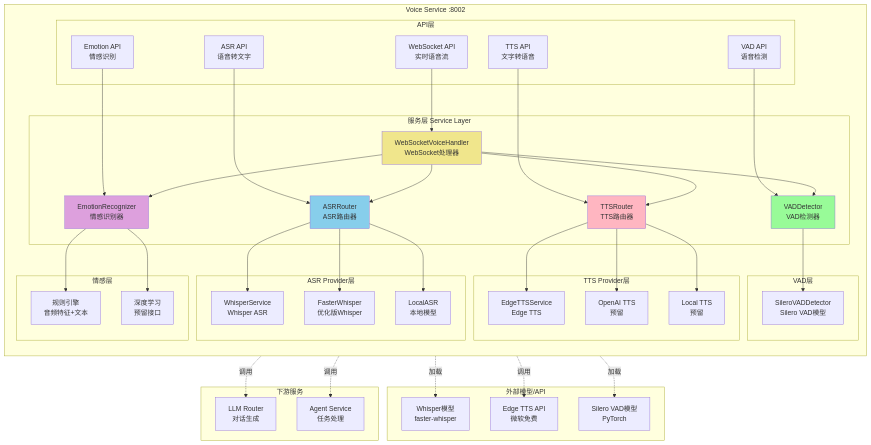
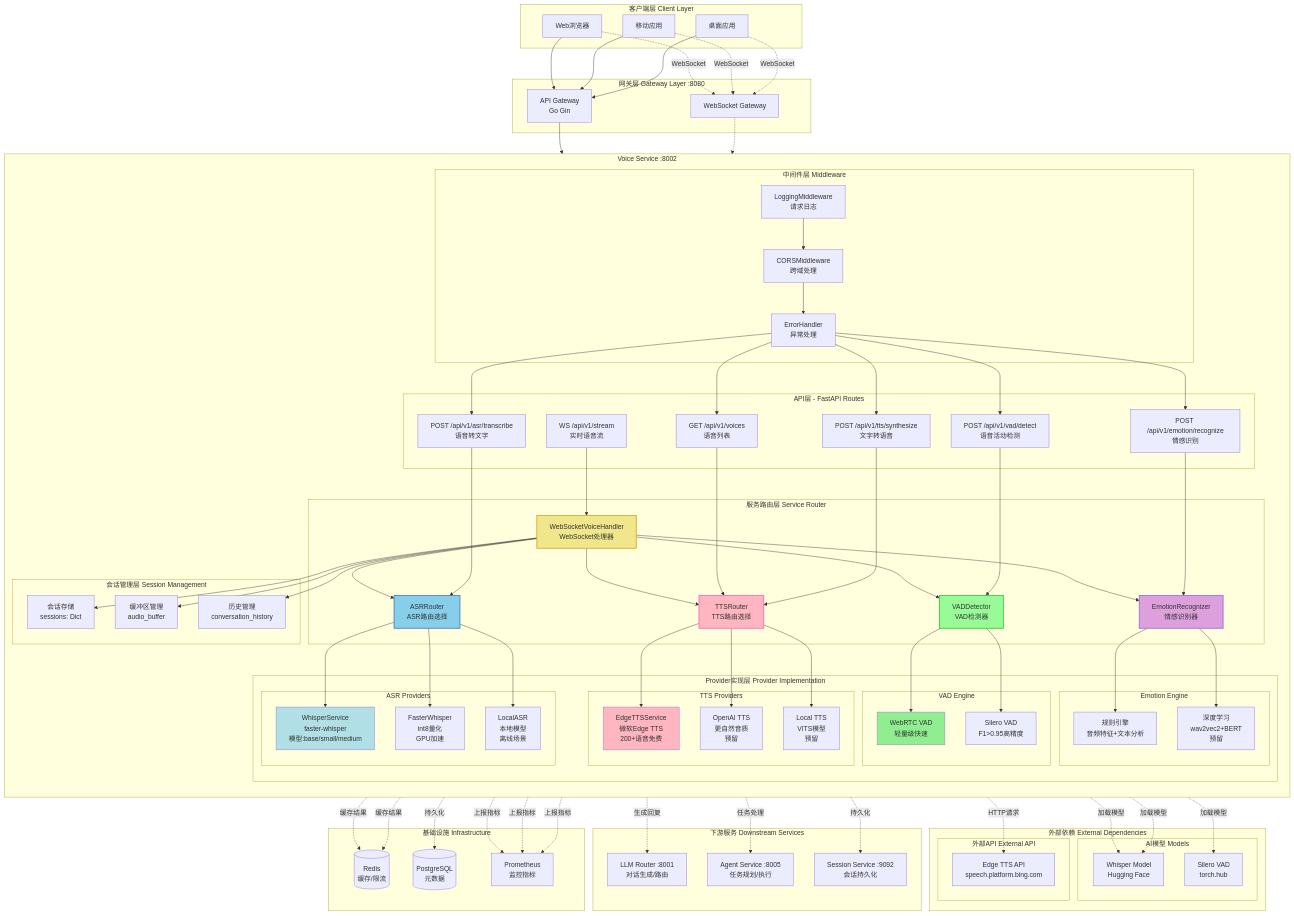
Before and after one commit to haoyunlt/myblog: the first of 5 diagrams in content/posts/VoiceHelper-08-Voice语音服务.md, drawn with Mermaid. The commit also changed other lines of this file and 13 other files, not shown here.

````diff
--- a/content/posts/VoiceHelper-08-Voice语音服务.md
+++ b/content/posts/VoiceHelper-08-Voice语音服务.md
@@ -56,83 +57,155 @@
 ```mermaid
 flowchart TB
+    subgraph "客户端层 Client Layer"
+        WEB[Web浏览器]
+        MOBILE[移动应用]
+        DESKTOP[桌面应用]
+    end
+    
+    subgraph "网关层 Gateway Layer :8080"
+        GATEWAY[API Gateway<br/>Go Gin]
+        WS_GATEWAY[WebSocket Gateway]
+    end
+    
     subgraph "Voice Service :8002"
         direction TB
         
-        subgraph "API层"
-            API_ASR[ASR API<br/>语音转文字]
-            API_TTS[TTS API<br/>文字转语音]
-            API_VAD[VAD API<br/>语音检测]
-            API_EMOTION[Emotion API<br/>情感识别]
-            API_WS[WebSocket API<br/>实时语音流]
+        subgraph "API层 - FastAPI Routes"
+            API_ASR[POST /api/v1/asr/transcribe<br/>语音转文字]
+            API_TTS[POST /api/v1/tts/synthesize<br/>文字转语音]
+            API_VAD[POST /api/v1/vad/detect<br/>语音活动检测]
+            API_EMOTION[POST /api/v1/emotion/recognize<br/>情感识别]
+            API_VOICES[GET /api/v1/voices<br/>语音列表]
+            API_WS[WS /api/v1/stream<br/>实时语音流]
         end
         
-        subgraph "服务层 Service Layer"
-            SVC_ASR[ASRRouter<br/>ASR路由器]
-            SVC_TTS[TTSRouter<br/>TTS路由器]
+        subgraph "中间件层 Middleware"
+            MW_LOG[LoggingMiddleware<br/>请求日志]
+            MW_CORS[CORSMiddleware<br/>跨域处理]
+            MW_ERROR[ErrorHandler<br/>异常处理]
+        end
+        
+        subgraph "服务路由层 Service Router"
+            SVC_ASR[ASRRouter<br/>ASR路由选择]
+            SVC_TTS[TTSRouter<br/>TTS路由选择]
             SVC_VAD[VADDetector<br/>VAD检测器]
             SVC_EMOTION[EmotionRecognizer<br/>情感识别器]
             SVC_WS[WebSocketVoiceHandler<br/>WebSocket处理器]
         end
         
-        subgraph "ASR Provider层"
-            WHISPER[WhisperService<br/>Whisper ASR]
-            FASTER_WHISPER[FasterWhisper<br/>优化版Whisper]
-            LOCAL_ASR[LocalASR<br/>本地模型]
+        subgraph "Provider实现层 Provider Implementation"
+            subgraph "ASR Providers"
+                WHISPER[WhisperService<br/>faster-whisper<br/>模型:base/small/medium]
+                FASTER_WHISPER[FasterWhisper<br/>int8量化<br/>GPU加速]
+                LOCAL_ASR[LocalASR<br/>本地模型<br/>离线场景]
+            end
+            
+            subgraph "TTS Providers"
+                EDGE_TTS[EdgeTTSService<br/>微软Edge TTS<br/>200+语音免费]
+                OPENAI_TTS[OpenAI TTS<br/>更自然音质<br/>预留]
+                LOCAL_TTS[Local TTS<br/>VITS模型<br/>预留]
+            end
+            
+            subgraph "VAD Engine"
+                WEBRTC_VAD[WebRTC VAD<br/>轻量级快速]
+                SILERO_VAD[Silero VAD<br/>F1>0.95高精度]
+            end
+            
+            subgraph "Emotion Engine"
+                RULE_EMOTION[规则引擎<br/>音频特征+文本分析]
+                DL_EMOTION[深度学习<br/>wav2vec2+BERT<br/>预留]
+            end
         end
         
-        subgraph "TTS Provider层"
-            EDGE_TTS[EdgeTTSService<br/>Edge TTS]
-            OPENAI_TTS[OpenAI TTS<br/>预留]
-            LOCAL_TTS[Local TTS<br/>预留]
+        subgraph "会话管理层 Session Management"
+            SESSION_STORE[会话存储<br/>sessions: Dict]
+            BUFFER_MGR[缓冲区管理<br/>audio_buffer]
+            HISTORY_MGR[历史管理<br/>conversation_history]
+        end
+    end
+    
+    subgraph "外部依赖 External Dependencies"
+        subgraph "AI模型 Models"
+            MODEL_WHISPER[Whisper Model<br/>Hugging Face]
+            MODEL_VAD[Silero VAD<br/>torch.hub]
         end
         
-        subgraph "VAD层"
-            SILERO_VAD[SileroVADDetector<br/>Silero VAD模型]
+        subgraph "外部API External API"
+            API_EDGE[Edge TTS API<br/>speech.platform.bing.com]
         end
-        
-        subgraph "情感层"
-            RULE_EMOTION[规则引擎<br/>音频特征+文本]
-            DL_EMOTION[深度学习<br/>预留接口]
-        end
-        
-        API_ASR --> SVC_ASR
-        API_TTS --> SVC_TTS
-        API_VAD --> SVC_VAD
-        API_EMOTION --> SVC_EMOTION
-        API_WS --> SVC_WS
-        
-        SVC_ASR --> WHISPER & FASTER_WHISPER & LOCAL_ASR
-        SVC_TTS --> EDGE_TTS & OPENAI_TTS & LOCAL_TTS
-        SVC_VAD --> SILERO_VAD
-        SVC_EMOTION --> RULE_EMOTION & DL_EMOTION
-        
-        SVC_WS --> SVC_ASR
-        SVC_WS --> SVC_TTS
-        SVC_WS --> SVC_VAD
-        SVC_WS --> SVC_EMOTION
     end
     
-    subgraph "外部模型/API"
-        EXT_WHISPER[Whisper模型<br/>faster-whisper]
-        EXT_EDGE[Edge TTS API<br/>微软免费]
-        EXT_SILERO[Silero VAD模型<br/>PyTorch]
+    subgraph "下游服务 Downstream Services"
+        LLM_SVC[LLM Router :8001<br/>对话生成/路由]
+        AGENT_SVC[Agent Service :8005<br/>任务规划/执行]
+        SESSION_SVC[Session Service :9092<br/>会话持久化]
     end
     
-    subgraph "下游服务"
-        LLM_SVC[LLM Router<br/>对话生成]
-        AGENT_SVC[Agent Service<br/>任务处理]
+    subgraph "基础设施 Infrastructure"
+        REDIS[(Redis<br/>缓存/限流)]
+        POSTGRES[(PostgreSQL<br/>元数据)]
+        PROMETHEUS[Prometheus<br/>监控指标]
     end
     
-    WHISPER -.加载.-> EXT_WHISPER
-    EDGE_TTS -.调用.-> EXT_EDGE
-    SILERO_VAD -.加载.-> EXT_SILERO
+    %% 客户端到网关
+    WEB & MOBILE & DESKTOP --> GATEWAY
+    WEB & MOBILE & DESKTOP -.WebSocket.-> WS_GATEWAY
     
-    SVC_WS -.调用.-> LLM_SVC
-    SVC_WS -.调用.-> AGENT_SVC
+    %% 网关到服务
+    GATEWAY --> MW_LOG
+    WS_GATEWAY -.-> API_WS
     
-    style SVC_ASR fill:#87CEEB
-    style SVC_TTS fill:#FFB6C1
-    style SVC_VAD fill:#98FB98
-    style SVC_EMOTION fill:#DDA0DD
-    style SVC_WS fill:#F0E68C
+    %% 中间件链
+    MW_LOG --> MW_CORS
+    MW_CORS --> MW_ERROR
+    MW_ERROR --> API_ASR & API_TTS & API_VAD & API_EMOTION & API_VOICES
+    
+    %% API到服务路由
+    API_ASR --> SVC_ASR
+    API_TTS --> SVC_TTS
+    API_VAD --> SVC_VAD
+    API_EMOTION --> SVC_EMOTION
+    API_VOICES --> SVC_TTS
+    API_WS --> SVC_WS
+    
+    %% 服务路由到Provider
+    SVC_ASR --> WHISPER & FASTER_WHISPER & LOCAL_ASR
+    SVC_TTS --> EDGE_TTS & OPENAI_TTS & LOCAL_TTS
+    SVC_VAD --> WEBRTC_VAD & SILERO_VAD
+    SVC_EMOTION --> RULE_EMOTION & DL_EMOTION
+    
+    %% WebSocket处理器依赖
+    SVC_WS --> SVC_ASR
+    SVC_WS --> SVC_TTS
+    SVC_WS --> SVC_VAD
+    SVC_WS --> SVC_EMOTION
+    SVC_WS --> SESSION_STORE
+    SVC_WS --> BUFFER_MGR
+    SVC_WS --> HISTORY_MGR
+    
+    %% Provider到外部依赖
+    WHISPER & FASTER_WHISPER -.加载模型.-> MODEL_WHISPER
+    SILERO_VAD -.加载模型.-> MODEL_VAD
+    EDGE_TTS -.HTTP请求.-> API_EDGE
+    
+    %% 服务间通信
+    SVC_WS -.生成回复.-> LLM_SVC
+    SVC_WS -.任务处理.-> AGENT_SVC
+    SVC_WS -.持久化.-> SESSION_SVC
+    
+    %% 基础设施依赖
+    SVC_ASR & SVC_TTS -.缓存结果.-> REDIS
+    SESSION_STORE -.持久化.-> POSTGRES
+    SVC_ASR & SVC_TTS & SVC_WS -.上报指标.-> PROMETHEUS
+    
+    %% 样式
+    style SVC_ASR fill:#87CEEB,stroke:#4682B4,stroke-width:2px
+    style SVC_TTS fill:#FFB6C1,stroke:#FF69B4,stroke-width:2px
+    style SVC_VAD fill:#98FB98,stroke:#32CD32,stroke-width:2px
+    style SVC_EMOTION fill:#DDA0DD,stroke:#9370DB,stroke-width:2px
+    style SVC_WS fill:#F0E68C,stroke:#DAA520,stroke-width:2px
+    
+    style WHISPER fill:#B0E0E6
+    style EDGE_TTS fill:#FFB6C1
+    style WEBRTC_VAD fill:#90EE90
 ```
````
